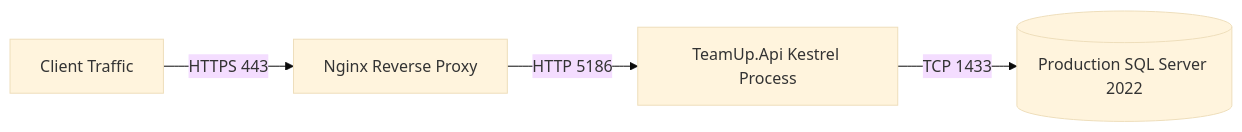
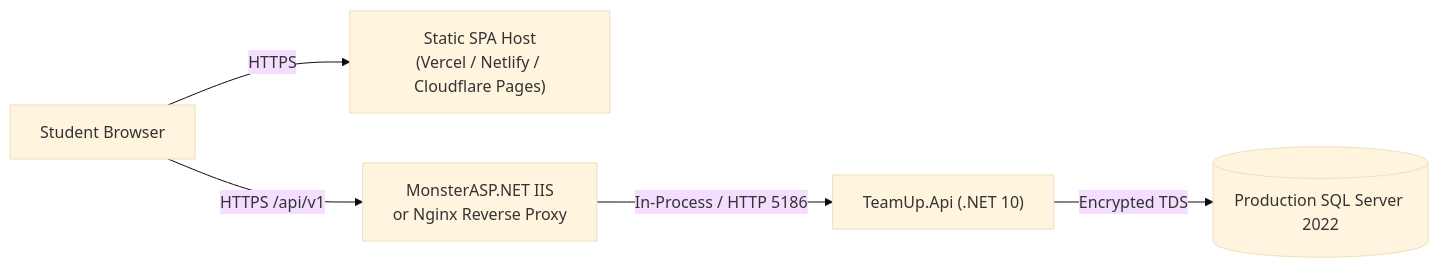
One commit to AhmedTyson/TeamUp changed the diagram in wiki/DEPLOYMENT.md. Above: the diagram before and after it, drawn with Mermaid (base theme). The commit also changed other lines of this file and 34 other files, not shown here.

Commit message:
docs: refine README, wiki, ERD/mapping specs, API guides, and add LICENSE

````diff
--- a/wiki/DEPLOYMENT.md
+++ b/wiki/DEPLOYMENT.md
@@ -27,6 +29,7 @@
 ```mermaid
 flowchart LR
-    INTERNET[Client Traffic] -->|HTTPS 443| NGINX[Nginx Reverse Proxy]
-    NGINX -->|HTTP 5186| KESTREL[TeamUp.Api Kestrel Process]
-    KESTREL -->|TCP 1433| SQL_PROD[("Production SQL Server 2022")]
+    USER["Student Browser"] -->|HTTPS| CDN["Static SPA Host<br/>(Vercel / Netlify / Cloudflare Pages)"]
+    USER -->|HTTPS /api/v1| EDGE["MonsterASP.NET IIS<br/>or Nginx Reverse Proxy"]
+    EDGE -->|In-Process / HTTP 5186| API["TeamUp.Api (.NET 10)"]
+    API -->|Encrypted TDS| SQL_PROD[("Production SQL Server 2022")]
 ```
````
